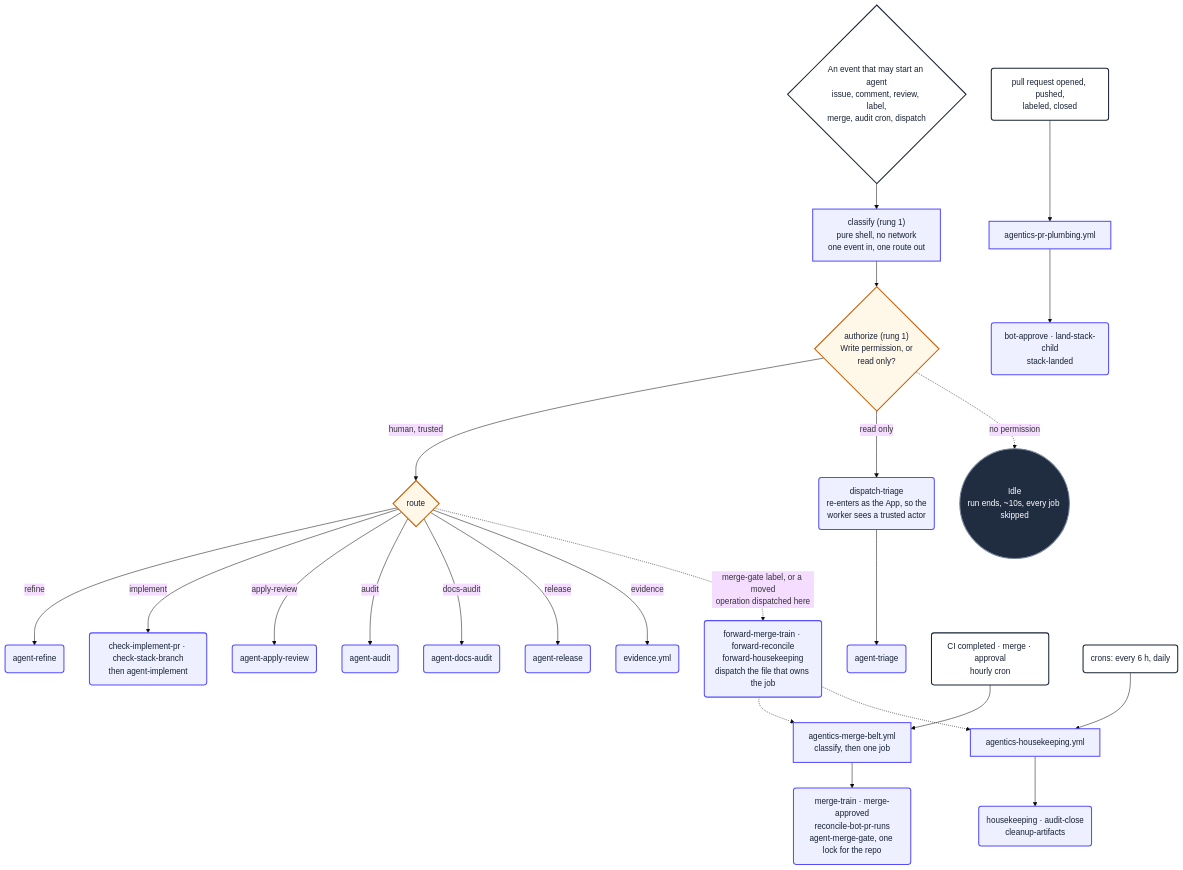
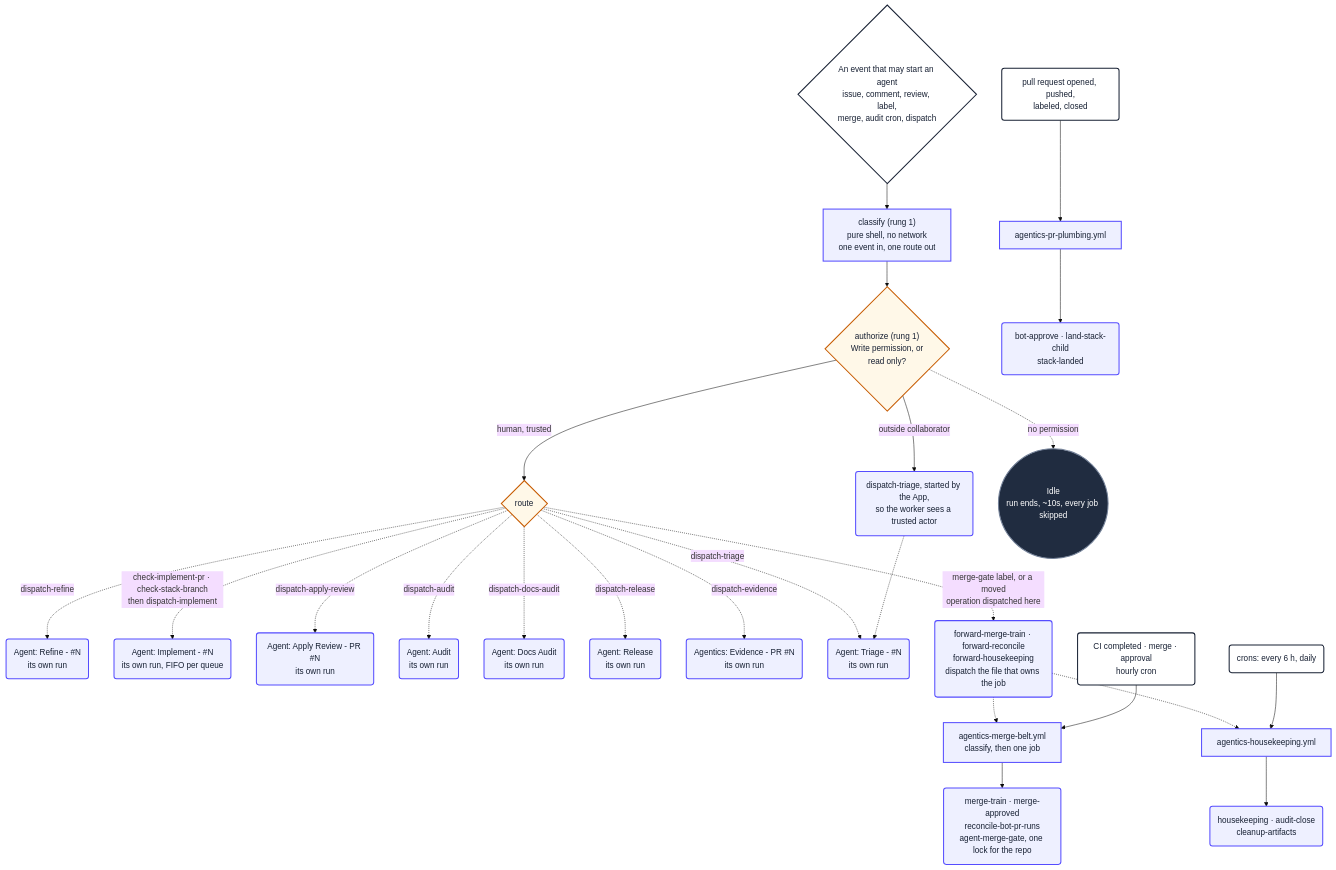
Before and after one commit to PlainConceptsPlatform/agentic-workflows: the first of 16 diagrams in loops/docs/diagrams.md, drawn with Mermaid (base theme). The commit also changed other lines of this file and 23 other files, not shown here.

````diff
--- a/loops/docs/diagrams.md
+++ b/loops/docs/diagrams.md
@@ -42,48 +45,49 @@
 ```mermaid
 flowchart TD
     ev{"An event that may start an agent<br/>issue, comment, review, label,<br/>merge, audit cron, dispatch"} --> classify
     classify["classify (rung 1)<br/>pure shell, no network<br/>one event in, one route out"] --> authorize
     authorize{"authorize (rung 1)<br/>Write permission, or<br/>read only?"}
     authorize -->|"human, trusted"| work
-    authorize -->|"read only"| triageOnly
+    authorize -->|"outside collaborator"| triageOnly
     authorize -.->|"no permission"| idle
-    work{"route"} -->|refine| wRefine
-    work -->|implement| wImpl
-    work -->|apply-review| wReview
-    work -->|audit| wAudit
-    work -->|docs-audit| wDocs
-    work -->|release| wRelease
-    work -->|evidence| wEvidence
-    triageOnly("dispatch-triage<br/>re-enters as the App, so the<br/>worker sees a trusted actor") --> wTriage
-    wRefine("agent-refine")
-    wImpl("check-implement-pr · check-stack-branch<br/>then agent-implement")
-    wReview("agent-apply-review")
-    wAudit("agent-audit")
-    wDocs("agent-docs-audit")
-    wRelease("agent-release")
-    wEvidence("evidence.yml")
-    wTriage("agent-triage")
+    work{"route"} -.->|"dispatch-refine"| wRefine
+    work -.->|"check-implement-pr · check-stack-branch<br/>then dispatch-implement"| wImpl
+    work -.->|"dispatch-apply-review"| wReview
+    work -.->|"dispatch-audit"| wAudit
+    work -.->|"dispatch-docs-audit"| wDocs
+    work -.->|"dispatch-release"| wRelease
+    work -.->|"dispatch-evidence"| wEvidence
+    work -.->|"dispatch-triage"| wTriage
+    triageOnly("dispatch-triage, started by the App,<br/>so the worker sees a trusted actor") -.-> wTriage
+    wRefine("Agent: Refine - #N<br/>its own run")
+    wImpl("Agent: Implement - #N<br/>its own run, FIFO per queue")
+    wReview("Agent: Apply Review - PR #N<br/>its own run")
+    wAudit("Agent: Audit<br/>its own run")
+    wDocs("Agent: Docs Audit<br/>its own run")
+    wRelease("Agent: Release<br/>its own run")
+    wEvidence("Agentics: Evidence - PR #N<br/>its own run")
+    wTriage("Agent: Triage - #N<br/>its own run")
     work -.->|"merge-gate label, or a moved<br/>operation dispatched here"| fwd
     fwd("forward-merge-train · forward-reconcile<br/>forward-housekeeping<br/>dispatch the file that owns the job")
     fwd -.-> belt
     fwd -.-> hk
     evBelt("CI completed · merge · approval<br/>hourly cron") --> belt
     belt["agentics-merge-belt.yml<br/>classify, then one job"] --> beltJobs
     beltJobs("merge-train · merge-approved<br/>reconcile-bot-pr-runs<br/>agent-merge-gate, one lock for the repo")
     evHk("crons: every 6 h, daily") --> hk
     hk["agentics-housekeeping.yml"] --> hkJobs
     hkJobs("housekeeping · audit-close<br/>cleanup-artifacts")
     evPp("pull request opened, pushed,<br/>labeled, closed") --> pp
     pp["agentics-pr-plumbing.yml"] --> ppJobs
     ppJobs("bot-approve · land-stack-child<br/>stack-landed")
     idle(("Idle<br/>run ends, ~10s, every job skipped"))
 
     classDef start fill:#ffffff,stroke:#172033,stroke-width:2px,color:#172033
     classDef action fill:#eef0ff,stroke:#554cff,stroke-width:2px,color:#172033
     classDef decision fill:#fff8e8,stroke:#c75b00,stroke-width:2px,color:#172033
     classDef idle fill:#202c40,stroke:#738198,stroke-width:2px,color:#ffffff
     class ev,evBelt,evHk,evPp start
     class classify,triageOnly,fwd,belt,beltJobs,hk,hkJobs,pp,ppJobs,wRefine,wImpl,wReview,wAudit,wDocs,wRelease,wEvidence,wTriage action
     class authorize,work decision
     class idle idle
 ```
````
